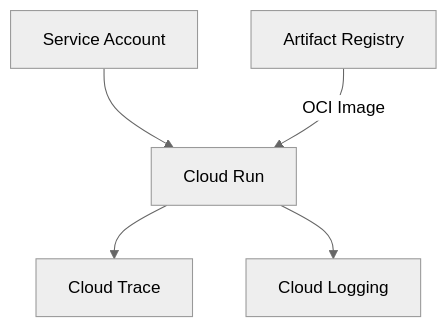
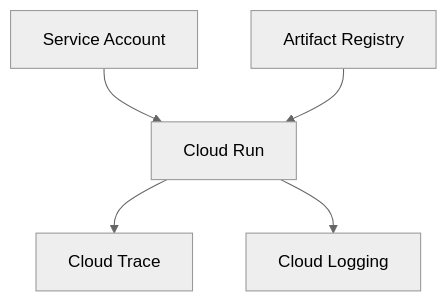
One commit to Zaba505/infra changed the fourth of 5 diagrams in docs/content/docs/public_cloud/_index.md. Above: the diagram before and after it, drawn with Mermaid (neutral theme). The commit also changed other lines of this file, not shown here.

````diff
--- a/docs/content/docs/public_cloud/_index.md
+++ b/docs/content/docs/public_cloud/_index.md
@@ -30,15 +107,15 @@
 ```mermaid
 flowchart TB
     sa["Service Account"]
     artifactRegistry["Artifact Registry"]
     cloudRun["Cloud Run"]
     cloudTrace["Cloud Trace"]
     cloudLogging["Cloud Logging"]
 
     sa --> cloudRun
 
-    artifactRegistry -->|OCI Image| cloudRun
+    artifactRegistry --> cloudRun
 
     cloudRun --> cloudTrace
     cloudRun --> cloudLogging
 ```
````
